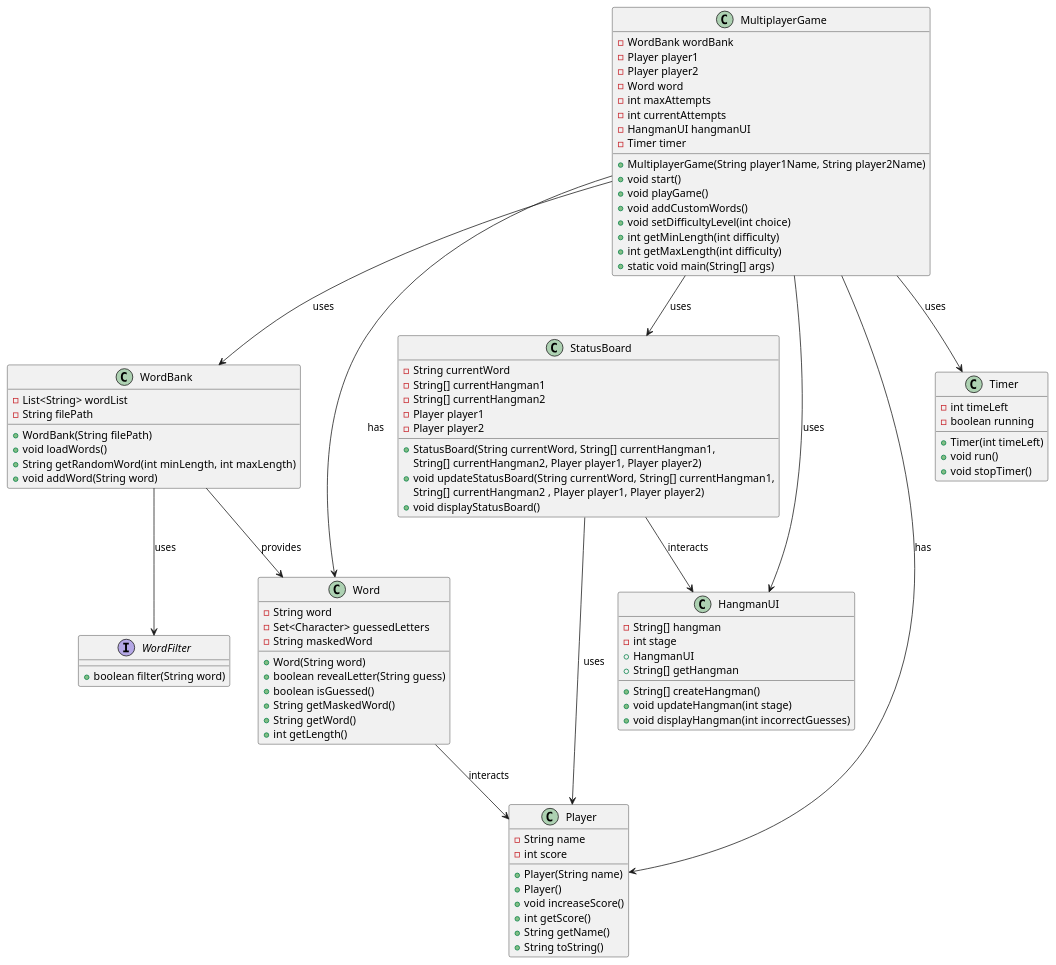
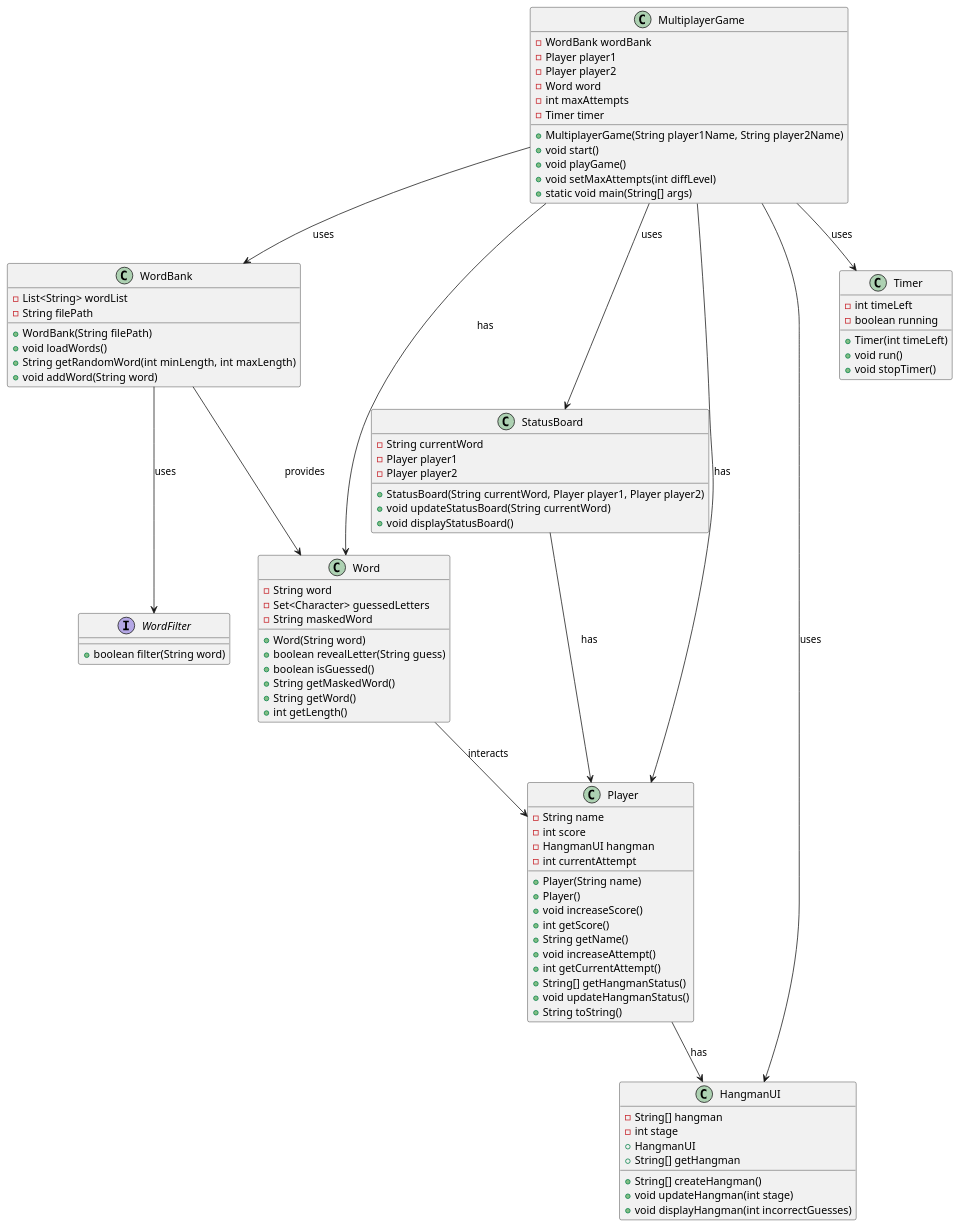
One commit to dci-fbw-j-24-e02/The-Competition-Project1 changed the diagram in out/production/The-Competition-Project1/ClassDiagram.puml. Above: the diagram before and after it, drawn with PlantUML. The commit also changed 2 other files, not shown here.

Commit message:
Updated updateHangmanStatus method

```diff
--- a/out/production/The-Competition-Project1/ClassDiagram.puml
+++ b/out/production/The-Competition-Project1/ClassDiagram.puml
@@ -1,100 +1,98 @@
 @startuml
 
 class WordBank {
     - List<String> wordList
     - String filePath
     + WordBank(String filePath)
     + void loadWords()
     + String getRandomWord(int minLength, int maxLength)
     + void addWord(String word)
 }
 
 interface WordFilter{
     + boolean filter(String word)
 }
 
 class Player {
     - String name
     - int score
+    - HangmanUI hangman
+    - int currentAttempt
     + Player(String name)
     + Player()
     + void increaseScore()
     + int getScore()
     + String getName()
+    + void increaseAttempt()
+    + int getCurrentAttempt()
+    + String[] getHangmanStatus()
+    + void updateHangmanStatus()
     + String toString()
 }
 
 class Word {
     - String word
     - Set<Character> guessedLetters
     - String maskedWord
     + Word(String word)
     + boolean revealLetter(String guess)
     + boolean isGuessed()
     + String getMaskedWord()
     + String getWord()
     + int getLength()
 }
 class StatusBoard {
     - String currentWord
-    - String[] currentHangman1
-    - String[] currentHangman2
     - Player player1
     - Player player2
-    + StatusBoard(String currentWord, String[] currentHangman1,
-    String[] currentHangman2, Player player1, Player player2)
-    + void updateStatusBoard(String currentWord, String[] currentHangman1,
-    String[] currentHangman2 , Player player1, Player player2)
+    + StatusBoard(String currentWord, Player player1, Player player2)
+    + void updateStatusBoard(String currentWord)
     + void displayStatusBoard()
 }
 
 class HangmanUI {
     - String[] hangman
     - int stage
     + HangmanUI
     + String[] createHangman()
     + void updateHangman(int stage)
     + void displayHangman(int incorrectGuesses)
     + String[] getHangman
 }
 
 class Timer {
     - int timeLeft
     - boolean running
     + Timer(int timeLeft)
     + void run()
     + void stopTimer()
 }
 
 class MultiplayerGame {
     - WordBank wordBank
     - Player player1
     - Player player2
     - Word word
     - int maxAttempts
-    - int currentAttempts
-    - HangmanUI hangmanUI
     - Timer timer
     + MultiplayerGame(String player1Name, String player2Name)
     + void start()
     + void playGame()
-    + void addCustomWords()
-    + void setDifficultyLevel(int choice)
-    + int getMinLength(int difficulty)
-    + int getMaxLength(int difficulty)
+    + void setMaxAttempts(int diffLevel)
     + static void main(String[] args)
 }
 
 MultiplayerGame --> WordBank : uses
 MultiplayerGame --> Player : has
 MultiplayerGame --> Word : has
 MultiplayerGame --> HangmanUI : uses
 MultiplayerGame --> Timer : uses
 WordBank --> WordFilter : uses
 WordBank --> Word : provides
 Word --> Player : interacts
 MultiplayerGame --> StatusBoard : uses
-StatusBoard --> Player : uses
-StatusBoard --> HangmanUI : interacts
+StatusBoard --> Player : has
+Player --> HangmanUI : has
+
 
 @enduml
```
